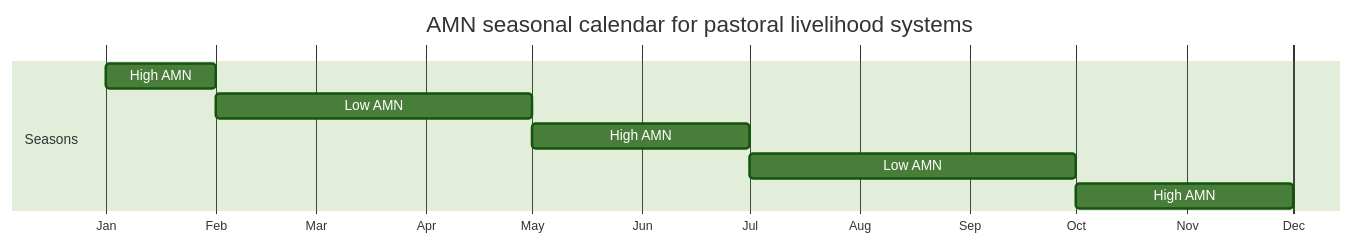
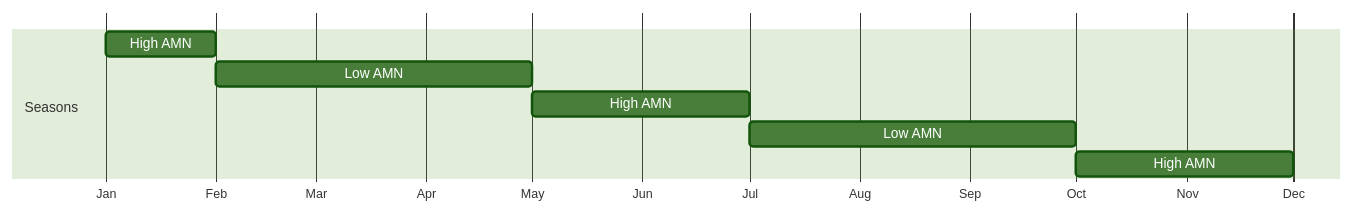
Before and after one commit to nutimes/som-sam-admit: the third of 10 diagrams in report.qmd, drawn with Mermaid (forest theme). The commit also changed other lines of this file and 1 other file, not shown here.

````diff
--- a/report.qmd
+++ b/report.qmd
@@ -536,14 +540,14 @@
 ```{mermaid}
 %%| label: fig-amn-seasonal-calendar-pastoral
+%%| fig-cap: AMN seasonal calendar for pastoral livelihood systems
 gantt
-    title  AMN seasonal calendar for pastoral livelihood systems
     dateFormat M
     axisFormat %b
     todayMarker off
     section Seasons
     High AMN :1, 2
     Low AMN :2, 5
     High AMN :5, 7
     Low AMN :7, 10
     High AMN :10, 12
 ```
````
